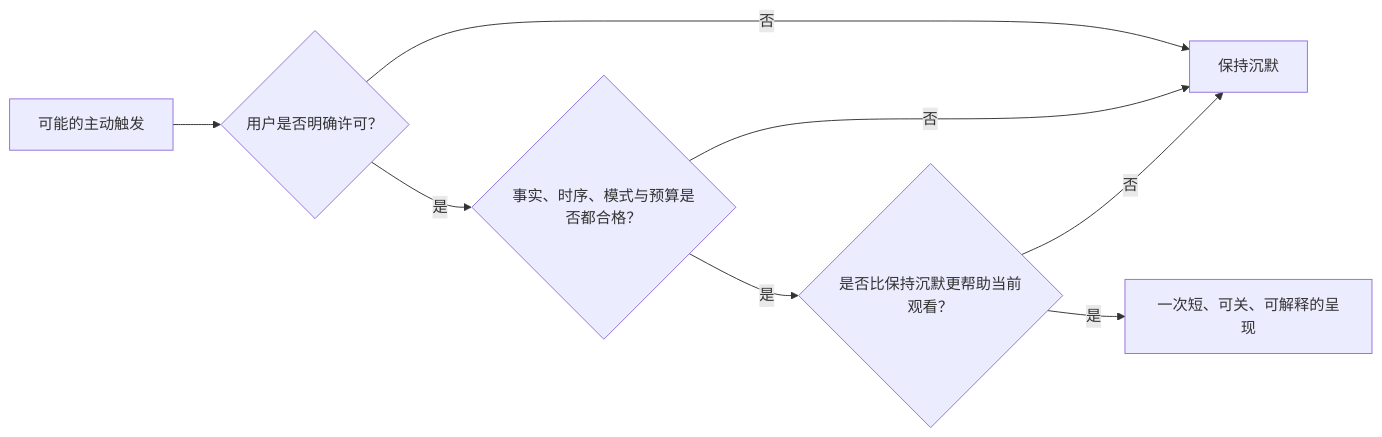
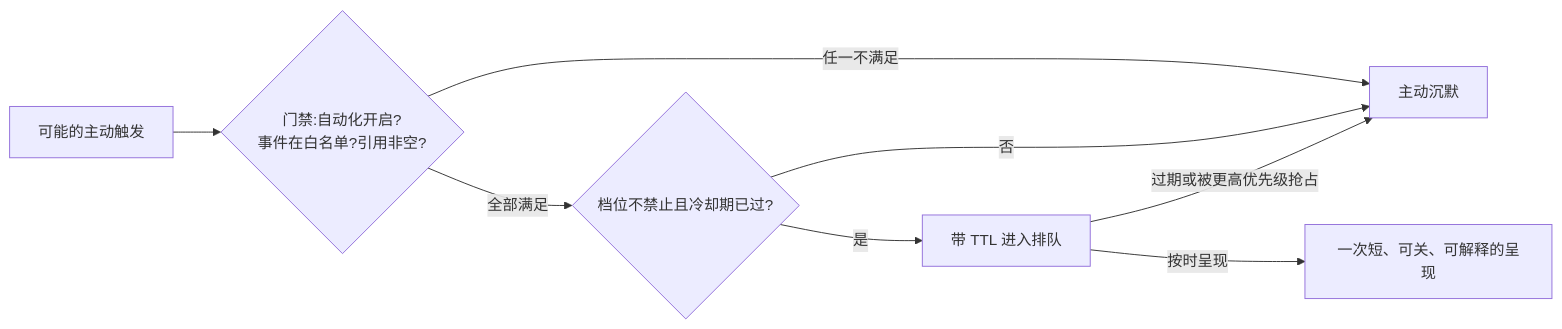
The fifth of 8 diagrams in docs/球球全套资料/4.产品设计/33A-数字球友Agent运行时与决策编排设计.md (weiz98417-crypto/qiuqiu), drawn with Mermaid before and after one commit. The commit also changed other lines of this file and 49 other files, not shown here.

```diff
--- a/docs/球球全套资料/4.产品设计/33A-数字球友Agent运行时与决策编排设计.md
+++ b/docs/球球全套资料/4.产品设计/33A-数字球友Agent运行时与决策编排设计.md
@@ -426,10 +497,10 @@
 ~~~mermaid
 flowchart LR
-    A["可能的主动触发"] --> B{"用户是否明确许可？"}
-    B -->|"否"| N["保持沉默"]
-    B -->|"是"| C{"事实、时序、模式与预算是否都合格？"}
+    A["可能的主动触发"] --> B{"门禁:自动化开启?<br/>事件在白名单?引用非空?"}
+    B -->|"任一不满足"| N["主动沉默"]
+    B -->|"全部满足"| C{"档位不禁止且冷却期已过?"}
     C -->|"否"| N
-    C -->|"是"| D{"是否比保持沉默更帮助当前观看？"}
-    D -->|"否"| N
-    D -->|"是"| E["一次短、可关、可解释的呈现"]
+    C -->|"是"| Q["带 TTL 进入排队"]
+    Q -->|"过期或被更高优先级抢占"| N
+    Q -->|"按时呈现"| E["一次短、可关、可解释的呈现"]
 ~~~
```
